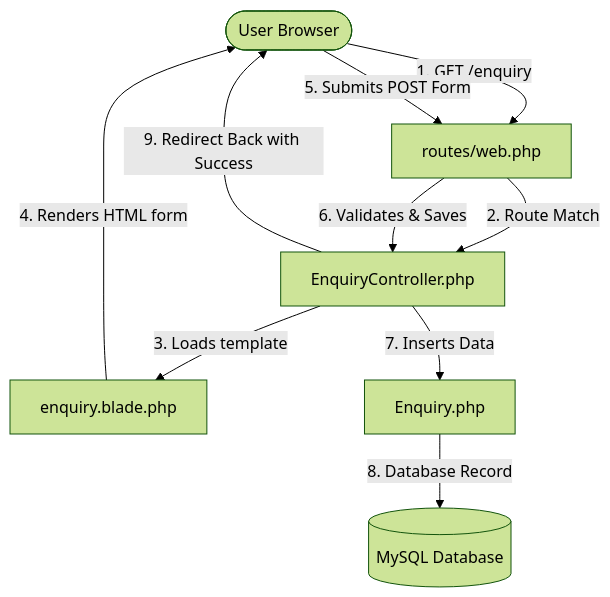
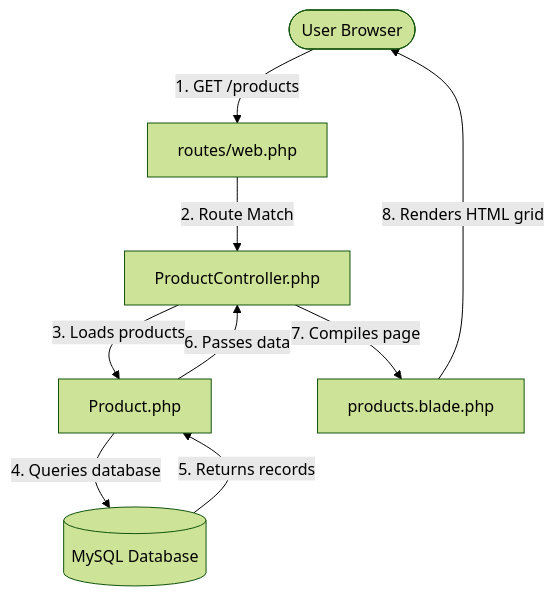
The diagram in README.md (suhaimali/laravel-enquiry-system), drawn with Mermaid (forest theme) before and after one commit. The commit also changed other lines of this file, not shown here.

Commit message:
docs: Update README with Product Catalog setup guide

````diff
--- a/README.md
+++ b/README.md
@@ -114,12 +135,11 @@
 ```mermaid
 graph TD
-    User([User Browser]) -->|1. GET /enquiry| Router[routes/web.php]
-    Router -->|2. Route Match| Controller[EnquiryController.php]
-    Controller -->|3. Loads template| View[enquiry.blade.php]
-    View -->|4. Renders HTML form| User
-    User -->|5. Submits POST Form| Router
-    Router -->|6. Validates & Saves| Controller
-    Controller -->|7. Inserts Data| Model[Enquiry.php]
-    Model -->|8. Database Record| DB[(MySQL Database)]
-    Controller -->|9. Redirect Back with Success| User
+    User([User Browser]) -->|1. GET /products| Router[routes/web.php]
+    Router -->|2. Route Match| Controller[ProductController.php]
+    Controller -->|3. Loads products| Model[Product.php]
+    Model -->|4. Queries database| DB[(MySQL Database)]
+    DB -->|5. Returns records| Model
+    Model -->|6. Passes data| Controller
+    Controller -->|7. Compiles page| View[products.blade.php]
+    View -->|8. Renders HTML grid| User
 ```
````
